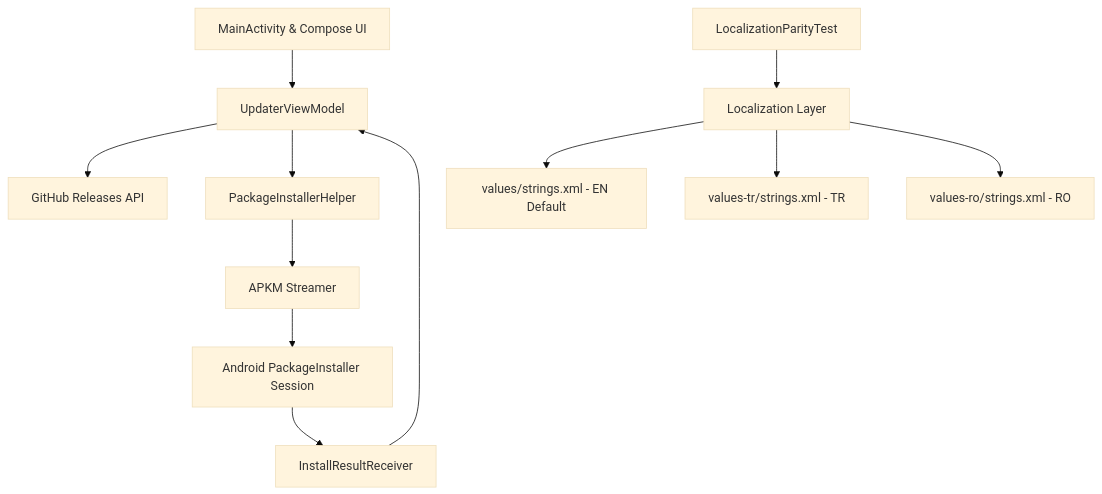
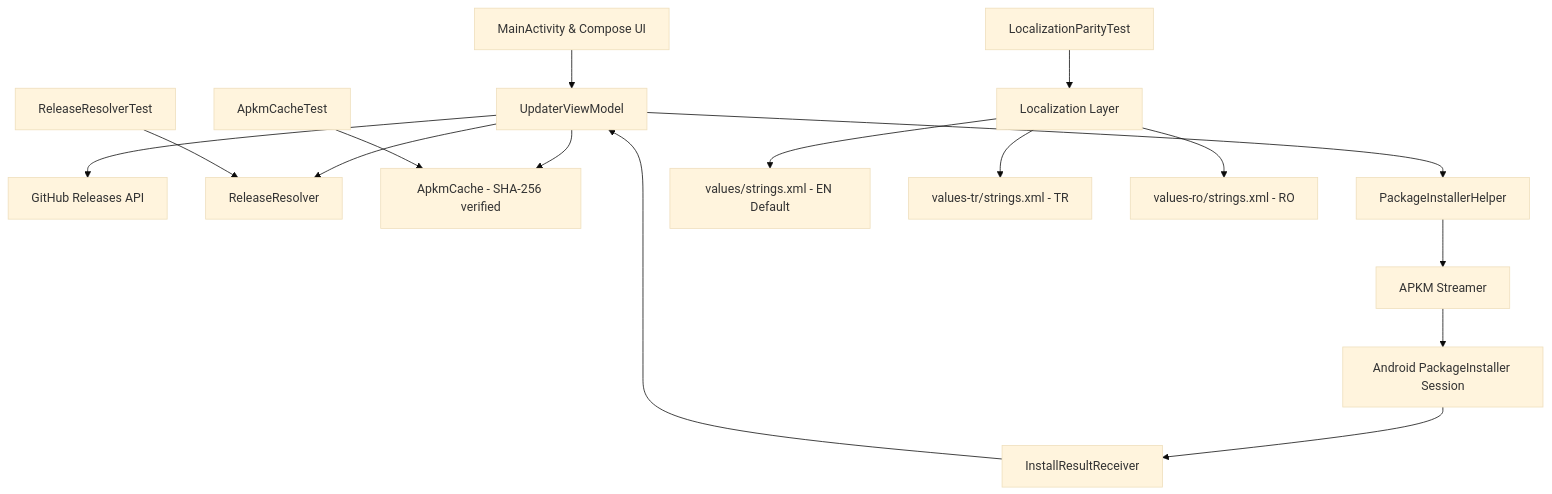
The diagram in .agents/context/symbolic_memory_graph.md (berkbb/androidtv_f1tv_manager), drawn with Mermaid (base theme) before and after one commit. The commit also changed 40 other files, not shown here.

First line of the commit message:
Harden update flow and modernize build

````diff
--- a/.agents/context/symbolic_memory_graph.md
+++ b/.agents/context/symbolic_memory_graph.md
@@ -3,16 +3,20 @@
 ```mermaid
 graph TD
     UI[MainActivity & Compose UI] --> VM[UpdaterViewModel]
     VM --> API[GitHub Releases API]
+    VM --> Resolver[ReleaseResolver]
+    VM --> Cache[ApkmCache - SHA-256 verified]
     VM --> Helper[PackageInstallerHelper]
     Helper --> Zip[APKM Streamer]
     Zip --> System[Android PackageInstaller Session]
     System --> Receiver[InstallResultReceiver]
     Receiver --> VM
     
     Sub[Localization Layer] --> Default[values/strings.xml - EN Default]
     Sub --> TR[values-tr/strings.xml - TR]
     Sub --> RO[values-ro/strings.xml - RO]
     
     Test[LocalizationParityTest] --> Sub
+    RTest[ReleaseResolverTest] --> Resolver
+    CTest[ApkmCacheTest] --> Cache
 ```
````
